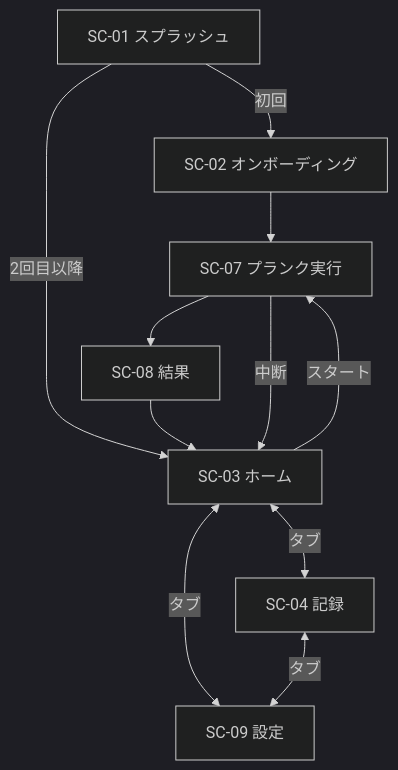
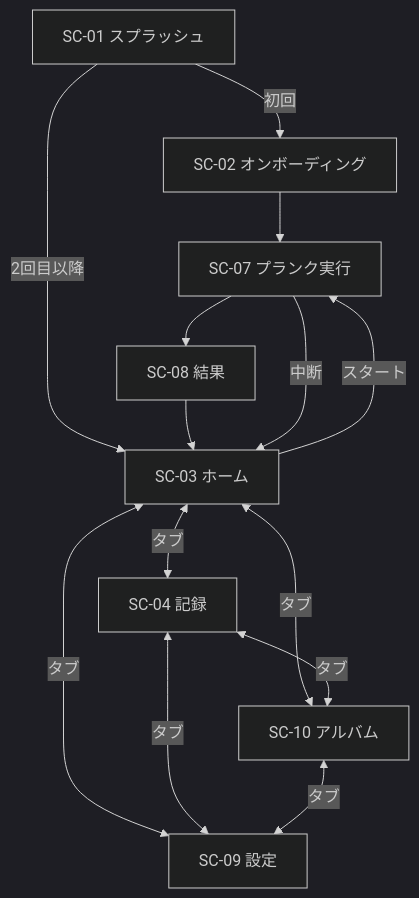
The first of 3 diagrams in 01-design/04-basic-design.md (hakuchan-karityhi/fukkinApp), drawn with Mermaid (dark theme) before and after one commit. The commit also changed other lines of this file and 3 other files, not shown here.

````diff
--- a/01-design/04-basic-design.md
+++ b/01-design/04-basic-design.md
@@ -126,13 +128,16 @@
 ```mermaid
 flowchart TD
     A[SC-01 スプラッシュ] -->|初回| B[SC-02 オンボーディング]
     A -->|2回目以降| C[SC-03 ホーム]
     B --> D[SC-07 プランク実行]
     D --> E[SC-08 結果]
     E --> C
     C -->|スタート| D
     C <-->|タブ| H[SC-04 記録]
+    C <-->|タブ| J[SC-10 アルバム]
     C <-->|タブ| I[SC-09 設定]
+    H <-->|タブ| J
     H <-->|タブ| I
+    J <-->|タブ| I
     D -->|中断| C
 ```
````
